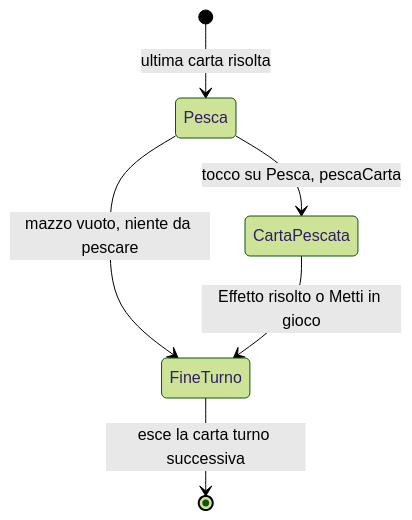
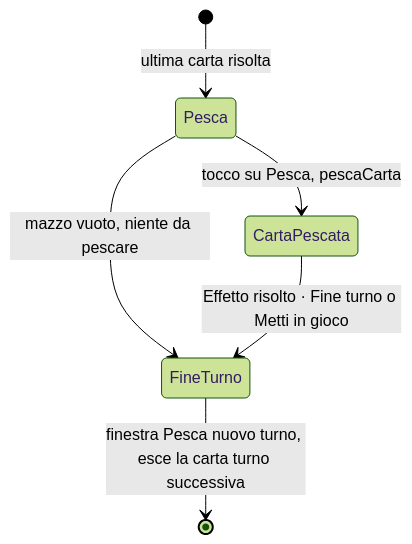
Before and after one commit to lorenzvittori/AeonsEnd_App_0.3: the fourth of 4 diagrams in docs/07-turno-nemesi.md, drawn with Mermaid (forest theme). The commit also changed other lines of this file and 56 other files, not shown here.

Commit message:
shcermata pesca mazzo turno

````diff
--- a/docs/07-turno-nemesi.md
+++ b/docs/07-turno-nemesi.md
@@ -146,8 +148,8 @@
 ```mermaid
 stateDiagram-v2
     [*] --> Pesca: ultima carta risolta
     Pesca --> CartaPescata: tocco su Pesca, pescaCarta
     Pesca --> FineTurno: mazzo vuoto, niente da pescare
-    CartaPescata --> FineTurno: Effetto risolto o Metti in gioco
-    FineTurno --> [*]: esce la carta turno successiva
+    CartaPescata --> FineTurno: Effetto risolto · Fine turno o Metti in gioco
+    FineTurno --> [*]: finestra Pesca nuovo turno, esce la carta turno successiva
 ```
````
